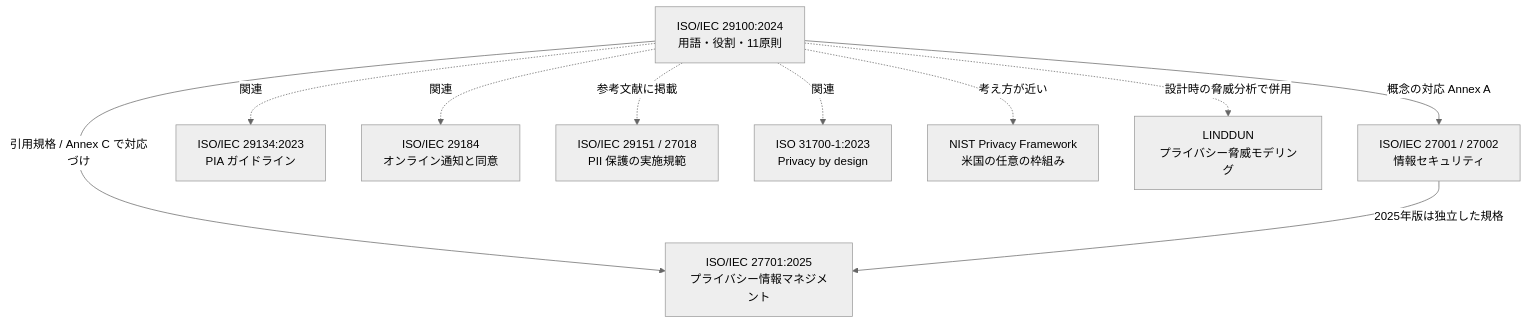
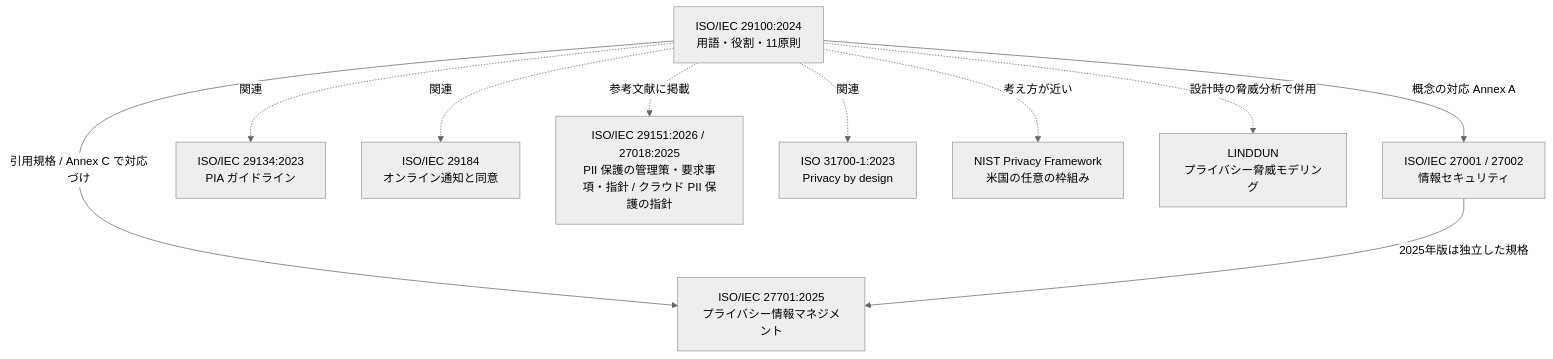
Before and after one commit to myoshi2891/Security_Studies: diagram 11 of 12 in Iso-iec-29100-2024-guide.md, drawn with Mermaid (neutral theme). The commit also changed other lines of this file, not shown here.

Commit message:
docs(iso29100): update ISO/IEC 27018:2025 details and references

````diff
--- a/Iso-iec-29100-2024-guide.md
+++ b/Iso-iec-29100-2024-guide.md
@@ -966,21 +966,21 @@
 ```mermaid
 flowchart TB
     P["ISO/IEC 29100:2024<br/>用語・役割・11原則"]
     S["ISO/IEC 27001 / 27002<br/>情報セキュリティ"]
     M["ISO/IEC 27701:2025<br/>プライバシー情報マネジメント"]
     I["ISO/IEC 29134:2023<br/>PIA ガイドライン"]
     N["ISO/IEC 29184<br/>オンライン通知と同意"]
-    C["ISO/IEC 29151 / 27018<br/>PII 保護の実施規範"]
+    C["ISO/IEC 29151:2026 / 27018:2025<br/>PII 保護の管理策・要求事項・指針 / クラウド PII 保護の指針"]
     D["ISO 31700-1:2023<br/>Privacy by design"]
     NI["NIST Privacy Framework<br/>米国の任意の枠組み"]
     L["LINDDUN<br/>プライバシー脅威モデリング"]
     P -->|"概念の対応 Annex A"| S
     P -->|"引用規格 / Annex C で対応づけ"| M
     S -->|"2025年版は独立した規格"| M
     P -.->|"参考文献に掲載"| C
     P -.->|"関連"| I
     P -.->|"関連"| N
     P -.->|"関連"| D
     P -.->|"考え方が近い"| NI
     P -.->|"設計時の脅威分析で併用"| L
 ```
````
